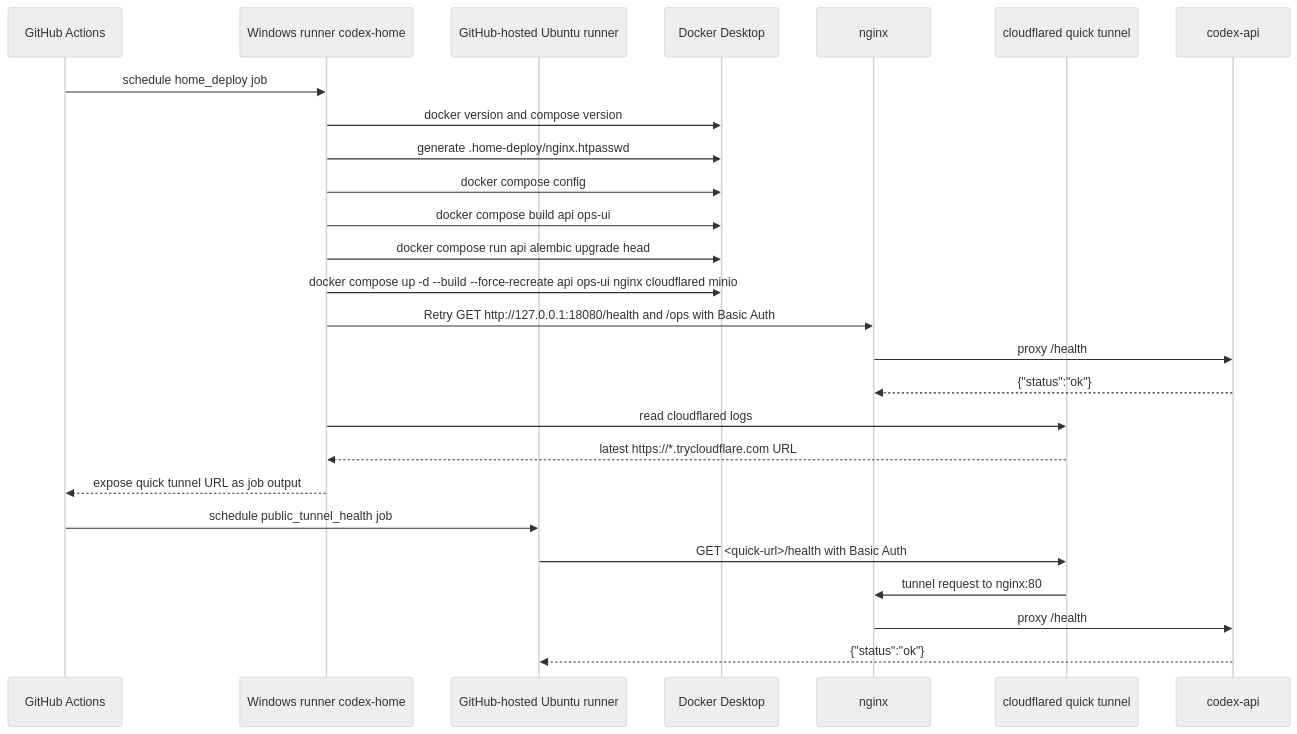
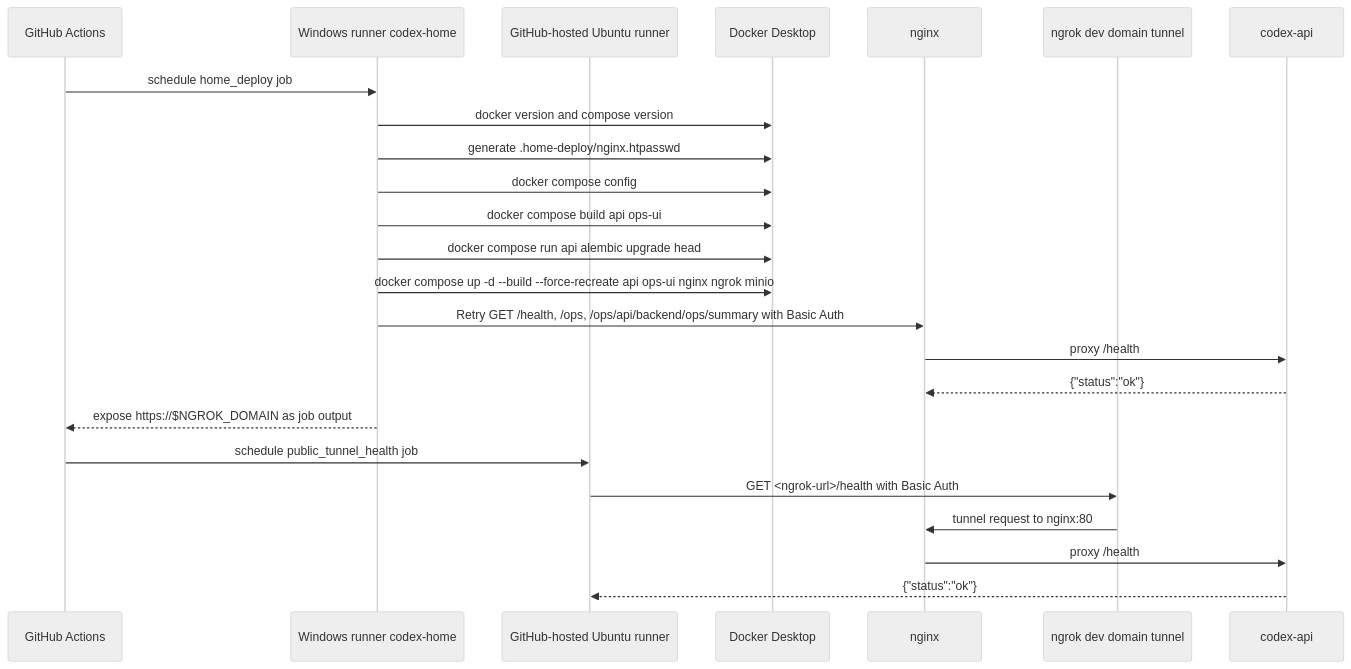
One commit to Mabaragi/codex-youtube-pipeline changed the third of 5 diagrams in docs/CICD.md. Above: the diagram before and after it, drawn with Mermaid (neutral theme). The commit also changed other lines of this file and 7 other files, not shown here.

Commit message:
Use ngrok for home tunnel

````diff
--- a/docs/CICD.md
+++ b/docs/CICD.md
@@ -88,29 +88,27 @@
 ```mermaid
 sequenceDiagram
     participant GH as GitHub Actions
     participant Runner as Windows runner codex-home
     participant PublicRunner as GitHub-hosted Ubuntu runner
     participant Docker as Docker Desktop
     participant Nginx as nginx
-    participant CF as cloudflared quick tunnel
+    participant Ngrok as ngrok dev domain tunnel
     participant API as codex-api
 
     GH->>Runner: schedule home_deploy job
     Runner->>Docker: docker version and compose version
     Runner->>Docker: generate .home-deploy/nginx.htpasswd
     Runner->>Docker: docker compose config
     Runner->>Docker: docker compose build api ops-ui
     Runner->>Docker: docker compose run api alembic upgrade head
-    Runner->>Docker: docker compose up -d --build --force-recreate api ops-ui nginx cloudflared minio
-    Runner->>Nginx: Retry GET http://127.0.0.1:18080/health and /ops with Basic Auth
+    Runner->>Docker: docker compose up -d --build --force-recreate api ops-ui nginx ngrok minio
+    Runner->>Nginx: Retry GET /health, /ops, /ops/api/backend/ops/summary with Basic Auth
     Nginx->>API: proxy /health
     API-->>Nginx: {"status":"ok"}
-    Runner->>CF: read cloudflared logs
-    CF-->>Runner: latest https://*.trycloudflare.com URL
-    Runner-->>GH: expose quick tunnel URL as job output
+    Runner-->>GH: expose https://$NGROK_DOMAIN as job output
     GH->>PublicRunner: schedule public_tunnel_health job
-    PublicRunner->>CF: GET <quick-url>/health with Basic Auth
-    CF->>Nginx: tunnel request to nginx:80
+    PublicRunner->>Ngrok: GET <ngrok-url>/health with Basic Auth
+    Ngrok->>Nginx: tunnel request to nginx:80
     Nginx->>API: proxy /health
     API-->>PublicRunner: {"status":"ok"}
 ```
````
